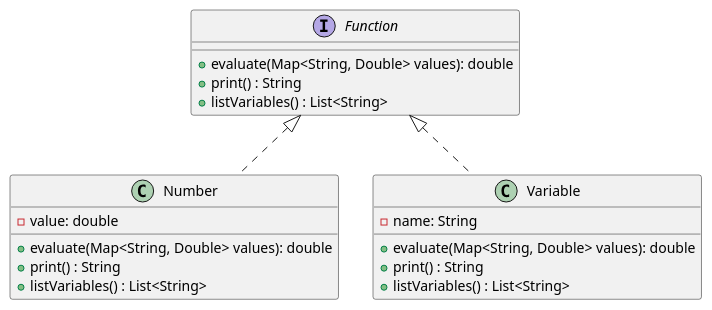
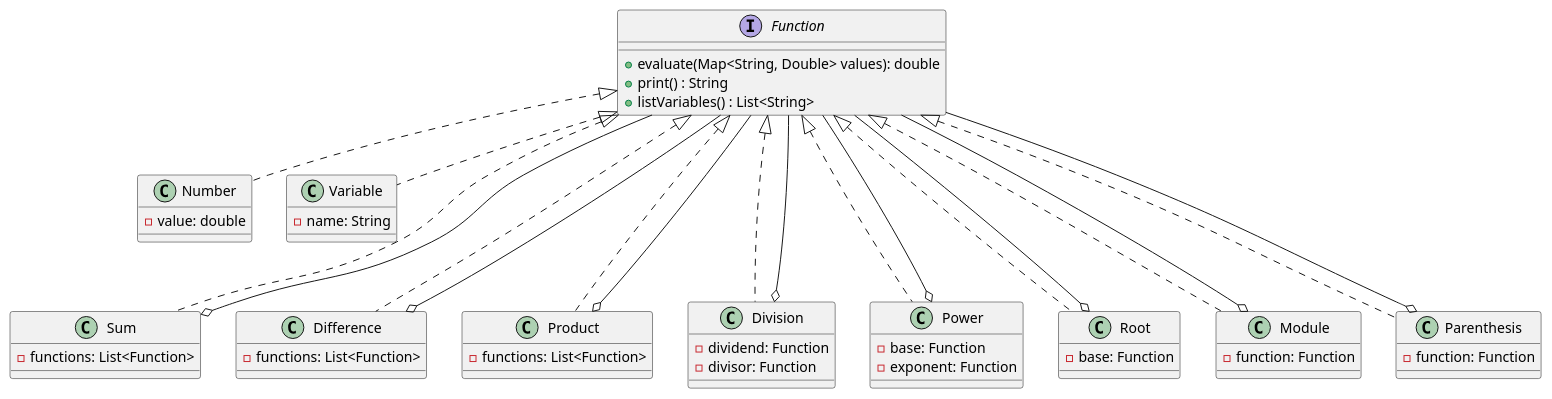
The diagram in diagrams/classdiagram.puml (austral-ingsis-classroom/formula-TomasValleDuran), drawn with PlantUML before and after one commit.

Commit message:
upgraded plantuml a little bit

```diff
--- a/diagrams/classdiagram.puml
+++ b/diagrams/classdiagram.puml
@@ -1,25 +1,61 @@
 @startuml
 'https://plantuml.com/class-diagram
 
 interface Function {
     + evaluate(Map<String, Double> values): double
     + print() : String
     + listVariables() : List<String>
 }
 
 class Number implements Function {
     - value: double
-    + evaluate(Map<String, Double> values): double
-    + print() : String
-    + listVariables() : List<String>
 }
 
 class Variable implements Function {
     - name: String
-    + evaluate(Map<String, Double> values): double
-    + print() : String
-    + listVariables() : List<String>
 }
 
+class Sum implements Function {
+    - functions: List<Function>
+}
+
+class Difference implements Function {
+    - functions: List<Function>
+}
+
+class Product implements Function {
+    - functions: List<Function>
+}
+
+class Division implements Function {
+    - dividend: Function
+    - divisor: Function
+}
+
+class Power implements Function {
+    - base: Function
+    - exponent: Function
+}
+
+class Root implements Function {
+    - base: Function
+}
+
+class Module implements Function {
+    - function: Function
+}
+
+class Parenthesis implements Function {
+    - function: Function
+}
+
+Sum o--- Function
+Difference o--- Function
+Product o--- Function
+Division o--- Function
+Power o--- Function
+Root o--- Function
+Module o--- Function
+Parenthesis o--- Function
 
 @enduml
```
